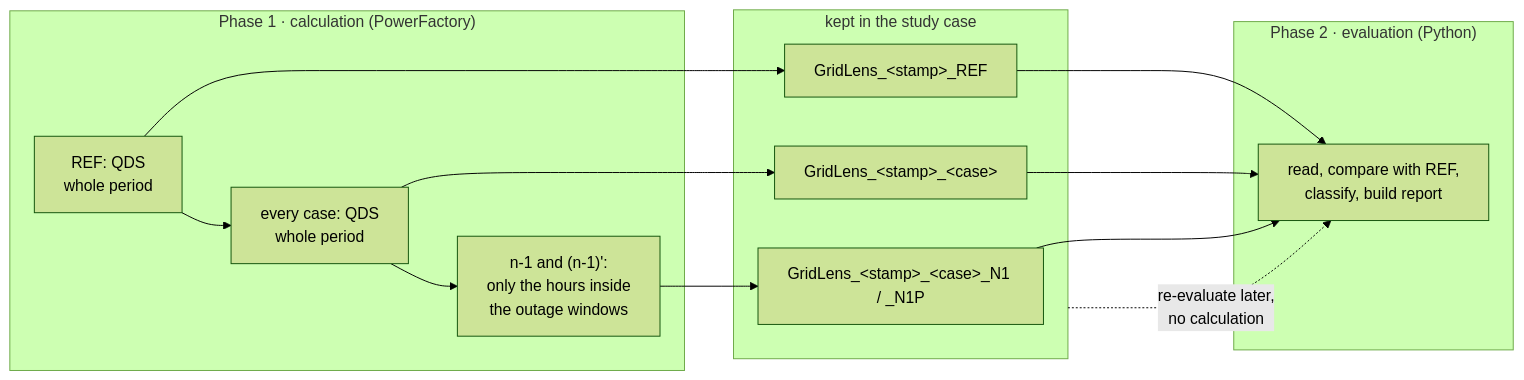
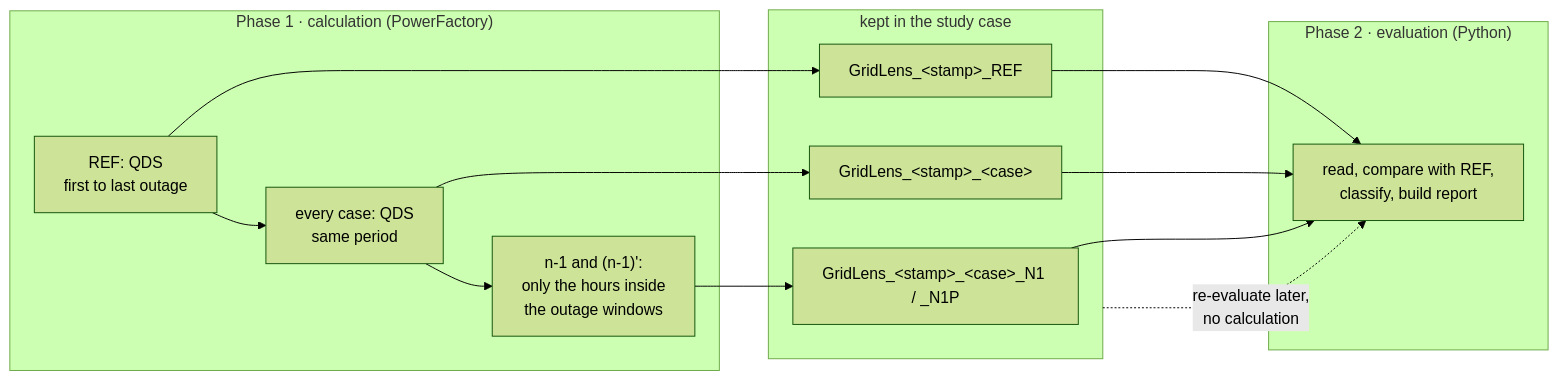
One commit to hadiibrahim-Engin/GridLensAssessment changed the first of 2 diagrams in docs/CALCULATION_AND_EVALUATION.md. Above: the diagram before and after it, drawn with Mermaid (forest theme). The commit also changed other lines of this file and 11 other files, not shown here.

First line of the commit message:
Enhance QDS period handling and outage assessment

````diff
--- a/docs/CALCULATION_AND_EVALUATION.md
+++ b/docs/CALCULATION_AND_EVALUATION.md
@@ -14,20 +14,20 @@
 ```mermaid
 flowchart LR
     subgraph P1["Phase 1 · calculation (PowerFactory)"]
-        R["REF: QDS<br/>whole period"] --> C["every case: QDS<br/>whole period"]
+        R["REF: QDS<br/>first to last outage"] --> C["every case: QDS<br/>same period"]
         C --> N["n-1 and (n-1)':<br/>only the hours inside<br/>the outage windows"]
     end
     subgraph K["kept in the study case"]
         E1["GridLens_&lt;stamp&gt;_REF"]
         E2["GridLens_&lt;stamp&gt;_&lt;case&gt;"]
         E3["GridLens_&lt;stamp&gt;_&lt;case&gt;_N1 / _N1P"]
     end
     subgraph P2["Phase 2 · evaluation (Python)"]
         V["read, compare with REF,<br/>classify, build report"]
     end
     R --> E1
     C --> E2
     N --> E3
     E1 & E2 & E3 --> V
     K -. "re-evaluate later,<br/>no calculation" .-> V
 ```
````
